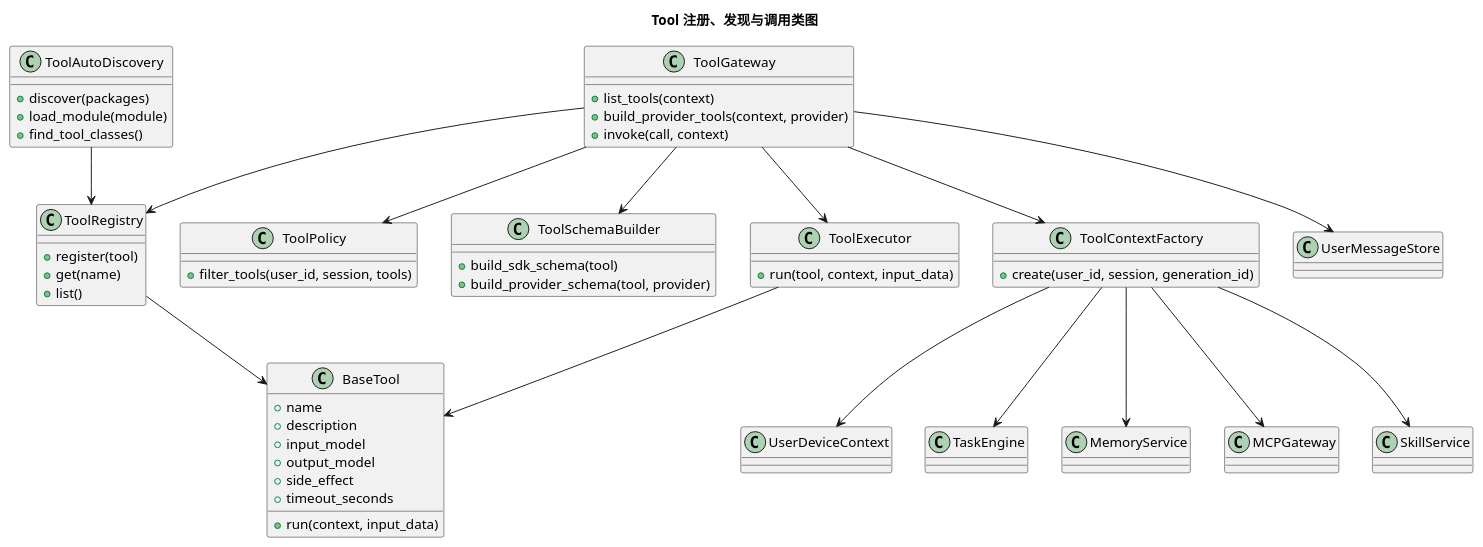
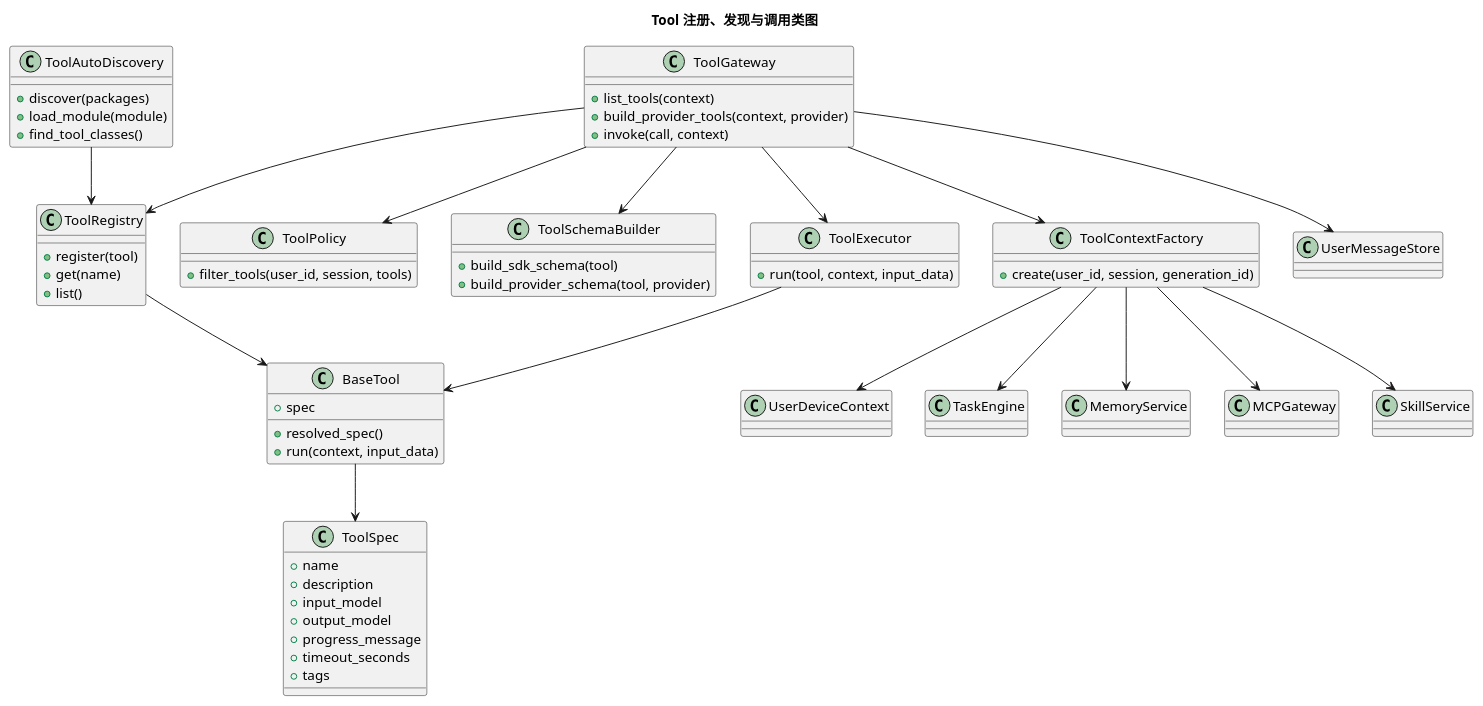
Before and after one commit to HengeLiu/RealtimeAgent: the tenth of 18 diagrams in audio-chat/docs/audio-chat-sdk-architecture.md, drawn with PlantUML. The commit also changed other lines of this file and 35 other files, not shown here.

````diff
--- a/audio-chat/docs/audio-chat-sdk-architecture.md
+++ b/audio-chat/docs/audio-chat-sdk-architecture.md
@@ -1752,72 +1765,79 @@
 ```plantuml
 @startuml
 title Tool 注册、发现与调用类图
 
 class ToolAutoDiscovery {
   +discover(packages)
   +load_module(module)
   +find_tool_classes()
 }
 
 class ToolRegistry {
   +register(tool)
   +get(name)
   +list()
 }
 
 class ToolPolicy {
   +filter_tools(user_id, session, tools)
 }
 
 class ToolSchemaBuilder {
   +build_sdk_schema(tool)
   +build_provider_schema(tool, provider)
 }
 
 class ToolGateway {
   +list_tools(context)
   +build_provider_tools(context, provider)
   +invoke(call, context)
 }
 
 class ToolExecutor {
   +run(tool, context, input_data)
 }
 
 class ToolContextFactory {
   +create(user_id, session, generation_id)
 }
 
-class BaseTool {
+class ToolSpec {
   +name
   +description
   +input_model
   +output_model
-  +side_effect
+  +progress_message
   +timeout_seconds
+  +tags
+}
+
+class BaseTool {
+  +spec
+  +resolved_spec()
   +run(context, input_data)
 }
 
 class UserDeviceContext
 class TaskEngine
 class MemoryService
 class MCPGateway
 class SkillService
 class UserMessageStore
 
 ToolAutoDiscovery --> ToolRegistry
 ToolRegistry --> BaseTool
+BaseTool --> ToolSpec
 ToolGateway --> ToolRegistry
 ToolGateway --> ToolPolicy
 ToolGateway --> ToolSchemaBuilder
 ToolGateway --> ToolExecutor
 ToolGateway --> ToolContextFactory
 ToolGateway --> UserMessageStore
 ToolContextFactory --> UserDeviceContext
 ToolContextFactory --> TaskEngine
 ToolContextFactory --> MemoryService
 ToolContextFactory --> MCPGateway
 ToolContextFactory --> SkillService
 ToolExecutor --> BaseTool
 @enduml
 ```
````
